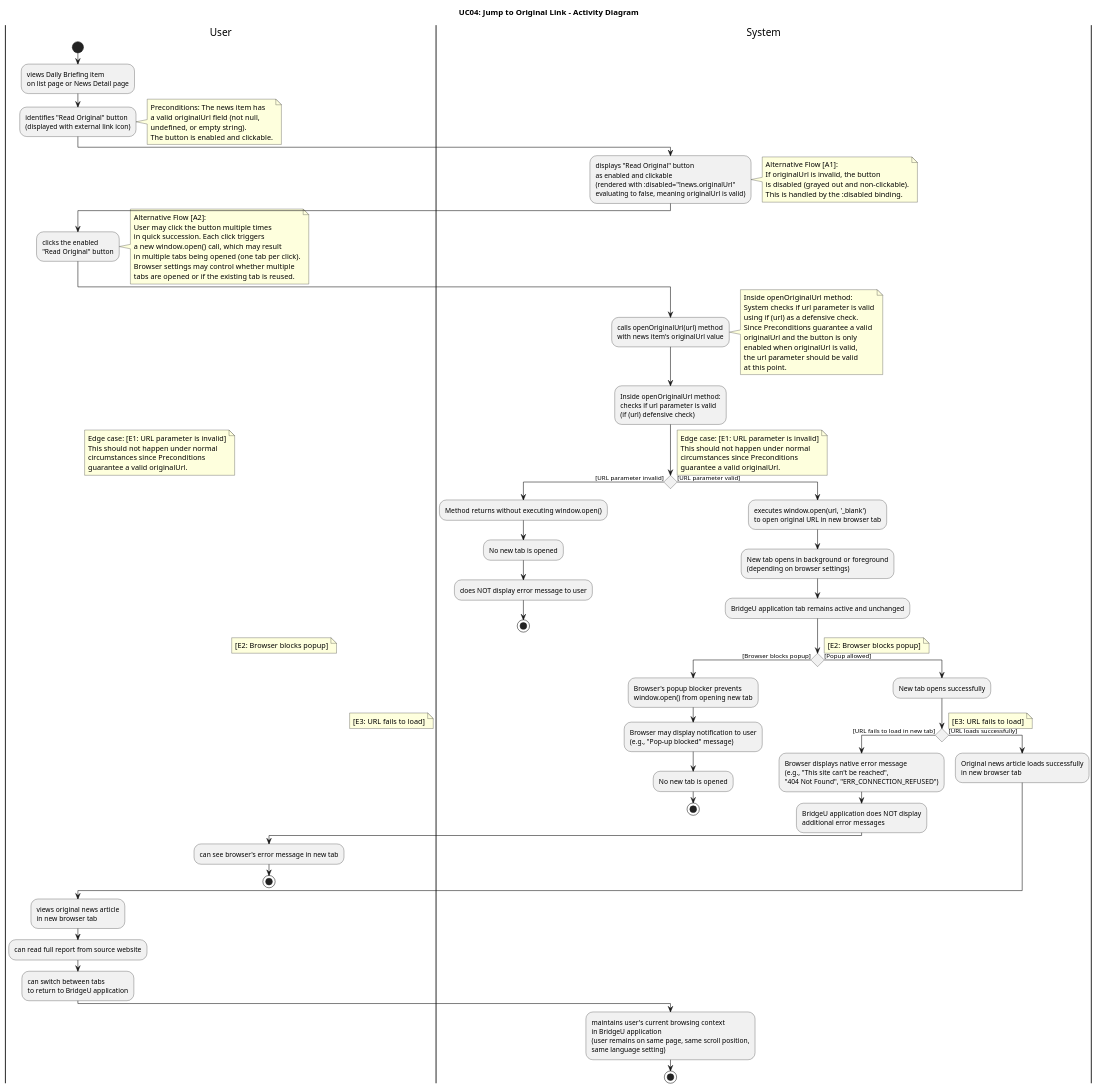
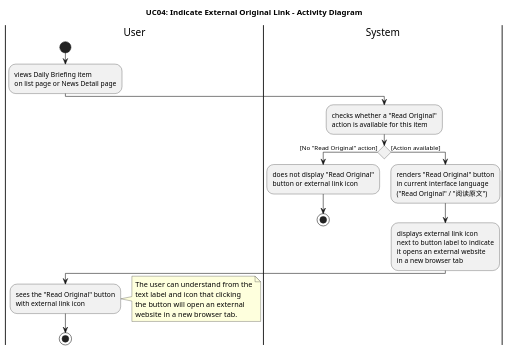
One commit to pzyllll/BridgeU changed the sixth of 27 diagrams in springboot-backend/BridgeU-SRS.md. Above: the diagram before and after it, drawn with PlantUML. The commit also changed other lines of this file and 2 other files, not shown here.

````diff
--- a/springboot-backend/BridgeU-SRS.md
+++ b/springboot-backend/BridgeU-SRS.md
@@ -891,109 +846,29 @@
-```plantuml
 @startuml UC04_Activity_Diagram
-title UC04: Jump to Original Link - Activity Diagram
+title UC04: Indicate External Original Link - Activity Diagram
 
 |User|
 start
 :views Daily Briefing item\non list page or News Detail page;
-:identifies "Read Original" button\n(displayed with external link icon);
-  note right
-    Preconditions: The news item has
-    a valid originalUrl field (not null,
-    undefined, or empty string).
-    The button is enabled and clickable.
-  end note
 
 |System|
-:displays "Read Original" button\nas enabled and clickable\n(rendered with :disabled="!news.originalUrl"\nevaluating to false, meaning originalUrl is valid);
-  
-  note right
-    Alternative Flow [A1]:
-    If originalUrl is invalid, the button
-    is disabled (grayed out and non-clickable).
-    This is handled by the :disabled binding.
-  end note
+:checks whether a "Read Original"\naction is available for this item;
+
+if () then ([No "Read Original" action])
+  :does not display "Read Original"\nbutton or external link icon;
+  stop
+else ([Action available])
+  :renders "Read Original" button\nin current interface language\n("Read Original" / "阅读原文");
+  :displays external link icon\nnext to button label to indicate\nit opens an external website\nin a new browser tab;
+endif
 
 |User|
-:clicks the enabled\n"Read Original" button;
-  
-  note right
-    Alternative Flow [A2]:
-    User may click the button multiple times
-    in quick succession. Each click triggers
-    a new window.open() call, which may result
-    in multiple tabs being opened (one tab per click).
-    Browser settings may control whether multiple
-    tabs are opened or if the existing tab is reused.
-  end note
-
-|System|
-:calls openOriginalUrl(url) method\nwith news item's originalUrl value;
-  
-  note right
-    Inside openOriginalUrl method:
-    System checks if url parameter is valid
-    using if (url) as a defensive check.
-    Since Preconditions guarantee a valid
-    originalUrl and the button is only
-    enabled when originalUrl is valid,
-    the url parameter should be valid
-    at this point.
-  end note
-  
-:Inside openOriginalUrl method:\nchecks if url parameter is valid\n(if (url) defensive check);
-  
-if () then ([URL parameter invalid])
-    note right
-      Edge case: [E1: URL parameter is invalid]
-      This should not happen under normal
-      circumstances since Preconditions
-      guarantee a valid originalUrl.
-    end note
-    :Method returns without executing window.open();
-    :No new tab is opened;
-  :does NOT display error message to user;
-    stop
-else ([URL parameter valid])
-  :executes window.open(url, '_blank')\nto open original URL in new browser tab;
-    :New tab opens in background or foreground\n(depending on browser settings);
-    :BridgeU application tab remains active and unchanged;
-    
-  if () then ([Browser blocks popup])
-      note right
-        [E2: Browser blocks popup]
-      end note
-      :Browser's popup blocker prevents\nwindow.open() from opening new tab;
-      :Browser may display notification to user\n(e.g., "Pop-up blocked" message);
-      :No new tab is opened;
-      stop
-  else ([Popup allowed])
-      :New tab opens successfully;
-      
-    if () then ([URL fails to load in new tab])
-        note right
-          [E3: URL fails to load]
-        end note
-        :Browser displays native error message\n(e.g., "This site can't be reached",\n"404 Not Found", "ERR_CONNECTION_REFUSED");
-        :BridgeU application does NOT display\nadditional error messages;
-      |User|
-      :can see browser's error message in new tab;
-        stop
-    else ([URL loads successfully])
-      |System|
-        :Original news article loads successfully\nin new browser tab;
-      endif
-    endif
-  endif
-
-|User|
-:views original news article\nin new browser tab;
-:can read full report from source website;
-:can switch between tabs\nto return to BridgeU application;
-
-|System|
-:maintains user's current browsing context\nin BridgeU application\n(user remains on same page, same scroll position,\nsame language setting);
+:sees the "Read Original" button\nwith external link icon;
+note right
+  The user can understand from the
+  text label and icon that clicking
+  the button will open an external
+  website in a new browser tab.
+end note
 
 stop
-
-@enduml
-```
+@enduml##### 2.3.4.4 Activity Diagram Description
````
